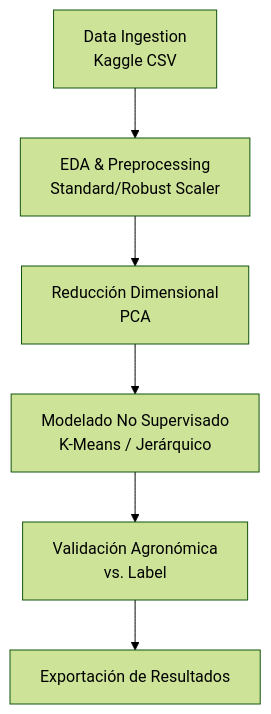
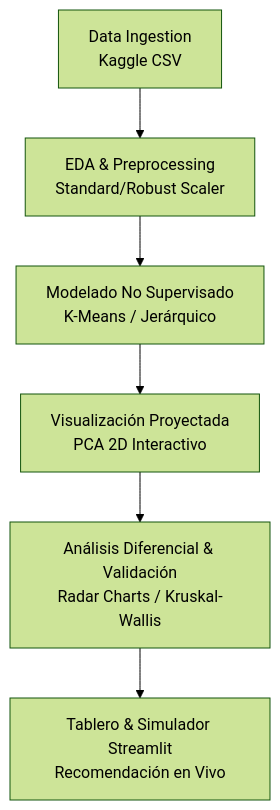
The diagram in README.md (Dmgar/Project_Terra), drawn with Mermaid (forest theme) before and after one commit. The commit also changed other lines of this file and 14 other files, not shown here.

````diff
--- a/README.md
+++ b/README.md
@@ -80,8 +91,8 @@
 ```mermaid
 flowchart TD
     A[Data Ingestion<br>Kaggle CSV] --> B[EDA & Preprocessing<br>Standard/Robust Scaler]
-    B --> C[Reducción Dimensional<br>PCA]
-    C --> D[Modelado No Supervisado<br>K-Means / Jerárquico]
-    D --> E[Validación Agronómica<br>vs. Label]
-    E --> F[Exportación de Resultados]
+    B --> C[Modelado No Supervisado<br>K-Means / Jerárquico]
+    C --> D[Visualización Proyectada<br>PCA 2D Interactivo]
+    D --> E[Análisis Diferencial & Validación<br>Radar Charts / Kruskal-Wallis]
+    E --> F[Tablero & Simulador Streamlit<br>Recomendación en Vivo]
 ```
````
